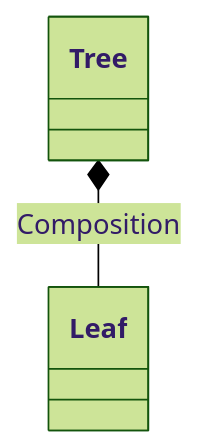
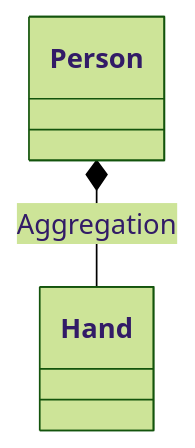
Before and after one commit to ProtossGP32/CIFO-Web-Applications: the third of 6 diagrams in docs/quarto-examples/java-exercises/Design-patterns/uml.qmd, drawn with Mermaid (forest theme). The commit also changed other lines of this file and 2 other files, not shown here.

````diff
--- a/docs/quarto-examples/java-exercises/Design-patterns/uml.qmd
+++ b/docs/quarto-examples/java-exercises/Design-patterns/uml.qmd
@@ -36,10 +51,11 @@
 ```{mermaid}
+%%| column: margin
 classDiagram
-    class Tree {
+    class Person {
     }
-    class Leaf {
+    class Hand {
     }
 
-    Tree *-- Leaf : Composition
+    Person *-- Hand : Aggregation
 
 ```
````
